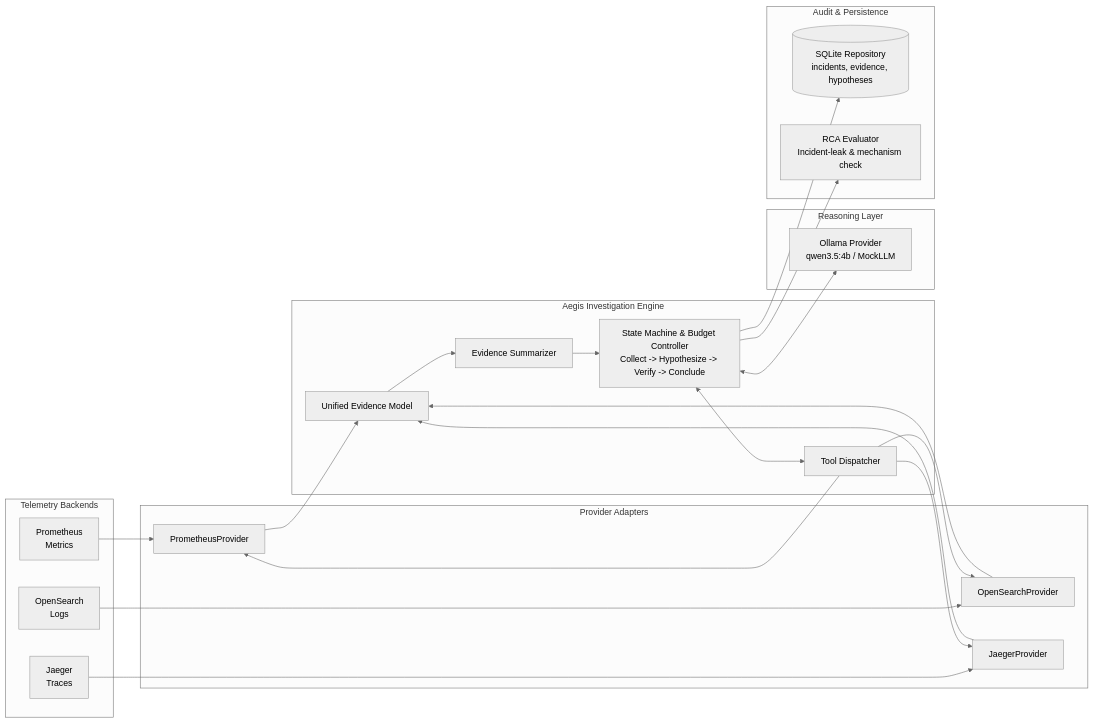
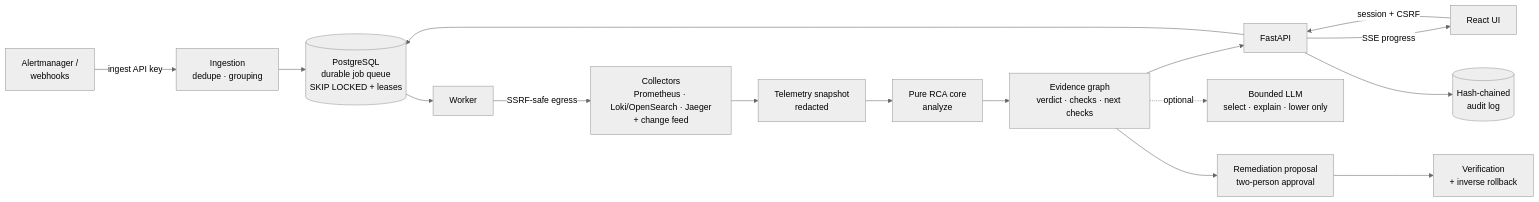
One commit to stredevirad/aegis changed the diagram in README.md. Above: the diagram before and after it, drawn with Mermaid (neutral theme). The commit also changed other lines of this file and 1 other file, not shown here.

````diff
--- a/README.md
+++ b/README.md
@@ -29,31 +59,18 @@
 ```mermaid
 flowchart LR
-    subgraph Telemetry_Sources [Telemetry Backends]
-        Prom[Prometheus<br/>Metrics]
-        OS[OpenSearch<br/>Logs]
-        Jaeg[Jaeger<br/>Traces]
-    end
-
-    subgraph Adapters [Provider Adapters]
-        Prom --> PA[PrometheusProvider]
-        OS --> OA[OpenSearchProvider]
-        Jaeg --> JA[JaegerProvider]
-    end
-
-    subgraph Core [Aegis Investigation Engine]
-        PA & OA & JA --> EvModel[Unified Evidence Model]
-        EvModel --> Summ[Evidence Summarizer]
-        Summ --> StateMachine[State Machine & Budget Controller<br/>Collect -> Hypothesize -> Verify -> Conclude]
-        StateMachine <--> Tools[Tool Dispatcher]
-        Tools --> PA & OA & JA
-    end
-
-    subgraph LLM [Reasoning Layer]
-        StateMachine <--> Ollama[Ollama Provider<br/>qwen3.5:4b / MockLLM]
-    end
-
-    subgraph Persistence [Audit & Persistence]
-        StateMachine --> SQLite[(SQLite Repository<br/>incidents, evidence, hypotheses)]
-        StateMachine --> Eval[RCA Evaluator<br/>Incident-leak & mechanism check]
-    end
+    AM[Alertmanager /<br/>webhooks] -->|ingest API key| ING[Ingestion<br/>dedupe · grouping]
+    UI[React UI] -->|session + CSRF| API[FastAPI]
+    ING --> Q[(PostgreSQL<br/>durable job queue<br/>SKIP LOCKED + leases)]
+    API --> Q
+    Q --> W[Worker]
+    W -->|SSRF-safe egress| COL[Collectors<br/>Prometheus · Loki/OpenSearch · Jaeger<br/>+ change feed]
+    COL --> SNAP[Telemetry snapshot<br/>redacted]
+    SNAP --> CORE[Pure RCA core<br/>analyze]
+    CORE --> EG[Evidence graph<br/>verdict · checks · next checks]
+    EG -.optional.-> LLM[Bounded LLM<br/>select · explain · lower only]
+    EG --> API
+    API -->|SSE progress| UI
+    EG --> REM[Remediation proposal<br/>two-person approval]
+    REM --> VER[Verification<br/>+ inverse rollback]
+    API --> AUD[(Hash-chained<br/>audit log)]
 ```
````
